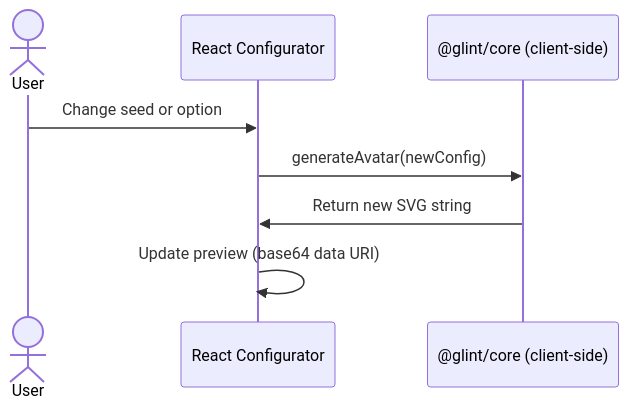
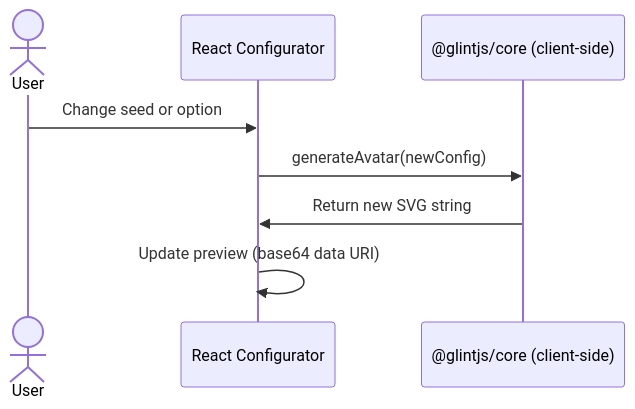
One commit to Charmingdc/glint changed the third of 3 diagrams in apps/web/README.md. Above: the diagram before and after it, drawn with Mermaid. The commit also changed other lines of this file and 34 other files, not shown here.

````diff
--- a/apps/web/README.md
+++ b/apps/web/README.md
@@ -112,11 +112,11 @@
 ```mermaid
 sequenceDiagram
     actor U as User
     participant UI as React Configurator
-    participant Core as @glint/core (client‑side)
+    participant Core as @glintjs/core (client‑side)
 
     U->>UI: Change seed or option
     UI->>Core: generateAvatar(newConfig)
     Core->>UI: Return new SVG string
     UI->>UI: Update preview (base64 data URI)
 ```
````
